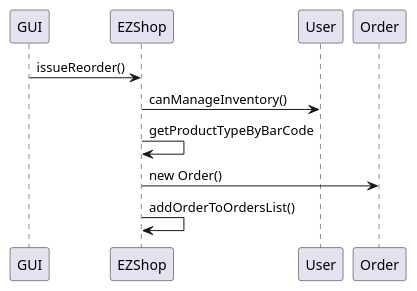
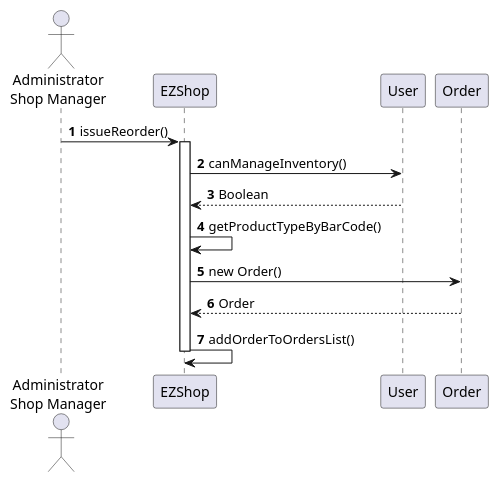
The ninth of 20 diagrams in Deliverables/DesignDocument.md (gioele-scaletta/EZShop-Software-Engineering-Project), drawn with PlantUML before and after one commit. The commit also changed other lines of this file, not shown here.

Commit message:
Updated Diagrams For Scenarios UC1,2,3

````diff
--- a/Deliverables/DesignDocument.md
+++ b/Deliverables/DesignDocument.md
@@ -350,12 +357,14 @@
 ```plantuml
-participant GUI as 1
-participant EZShop as 2
-participant User as 3
-participant Order as 4
+actor "Administrator\nShop Manager" as user
+autonumber
 
-1->2 : issueReorder()
-2->3 : canManageInventory()
-2->2 : getProductTypeByBarCode
-2->4 : new Order()
-2->2 : addOrderToOrdersList()
+user->EZShop : issueReorder()
+activate EZShop
+EZShop->User : canManageInventory()
+User --> EZShop : Boolean
+EZShop->EZShop : getProductTypeByBarCode()
+EZShop->Order : new Order()
+Order --> EZShop : Order
+EZShop->EZShop : addOrderToOrdersList()
+deactivate EZShop
 ```
````
